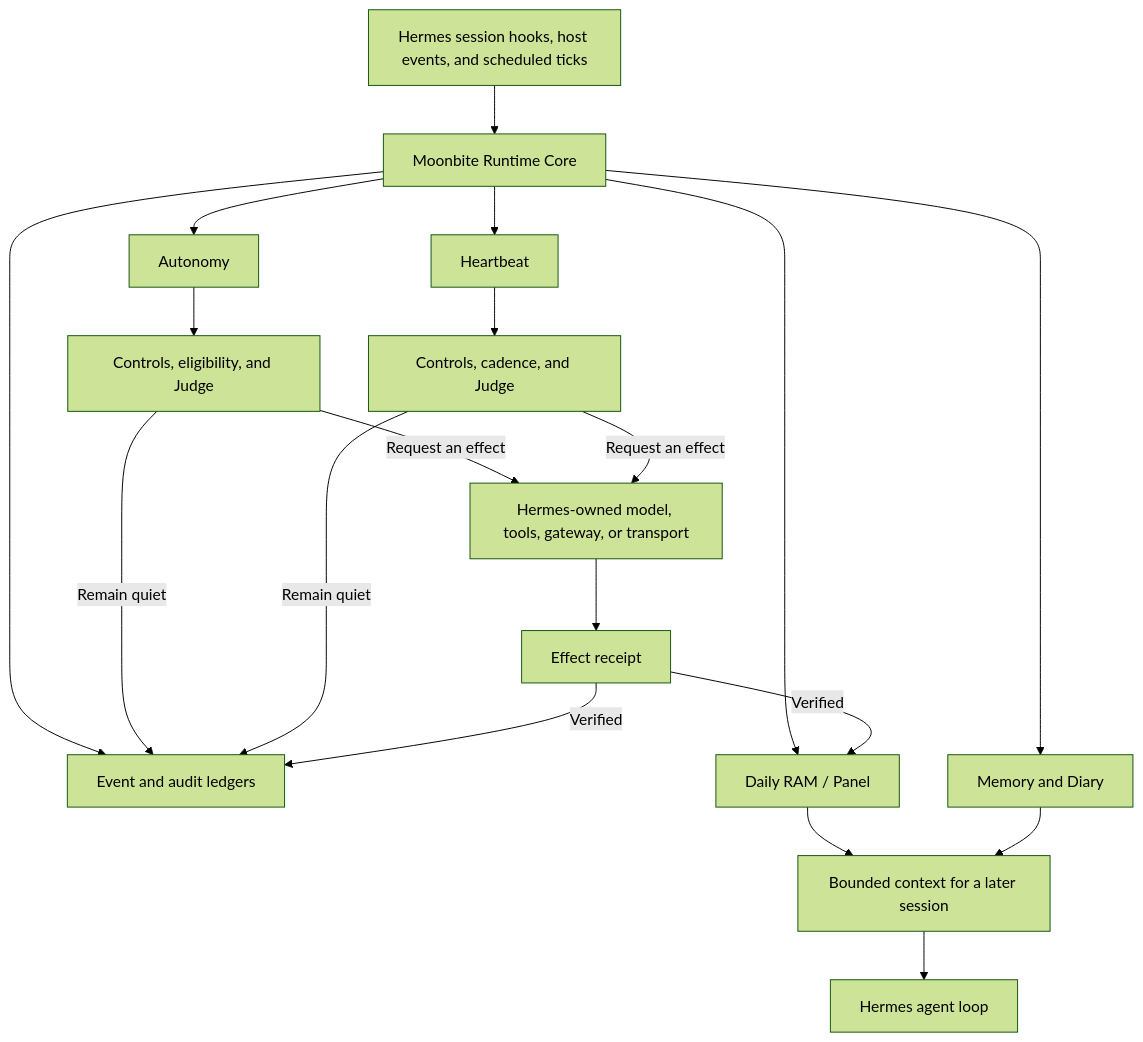
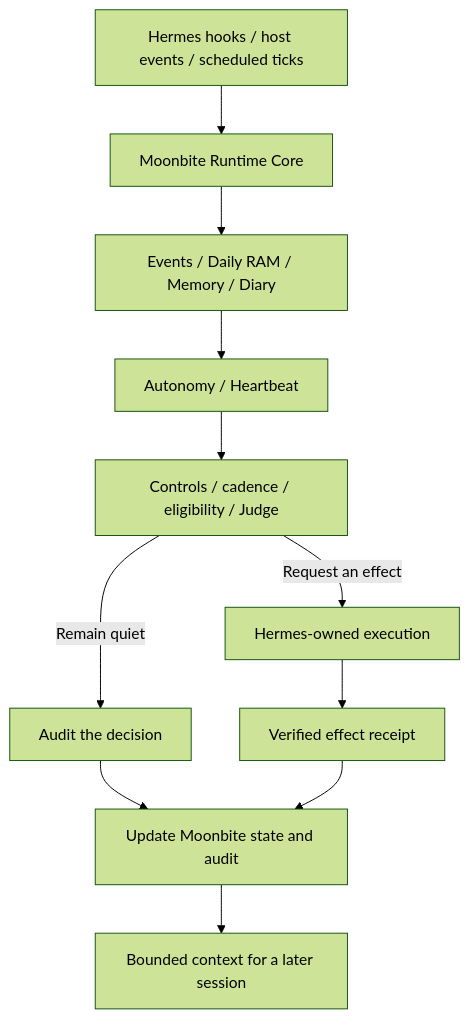
The diagram in README.md (beniedev/moonbite), drawn with Mermaid (forest theme) before and after one commit. The commit also changed other lines of this file and 1 other file, not shown here.

Commit message:
docs: simplify preview positioning and flow

````diff
--- a/README.md
+++ b/README.md
@@ -55,27 +55,13 @@
 ```mermaid
 flowchart TD
-    A[Hermes session hooks, host events, and scheduled ticks] --> B[Moonbite Runtime Core]
-
-    B --> C[Event and audit ledgers]
-    B --> D[Daily RAM / Panel]
-    B --> E[Memory and Diary]
-    B --> F[Autonomy]
-    B --> G[Heartbeat]
-
-    F --> H[Controls, eligibility, and Judge]
-    G --> I[Controls, cadence, and Judge]
-
-    H -->|Remain quiet| C
-    I -->|Remain quiet| C
-
-    H -->|Request an effect| J[Hermes-owned model, tools, gateway, or transport]
-    I -->|Request an effect| J
-
-    J --> K[Effect receipt]
-    K -->|Verified| C
-    K -->|Verified| D
-
-    D --> L[Bounded context for a later session]
-    E --> L
-    L --> M[Hermes agent loop]
+    A[Hermes hooks / host events / scheduled ticks] --> B[Moonbite Runtime Core]
+    B --> C[Events / Daily RAM / Memory / Diary]
+    C --> D[Autonomy / Heartbeat]
+    D --> E[Controls / cadence / eligibility / Judge]
+    E -->|Remain quiet| F[Audit the decision]
+    E -->|Request an effect| G[Hermes-owned execution]
+    G --> H[Verified effect receipt]
+    F --> I[Update Moonbite state and audit]
+    H --> I
+    I --> J[Bounded context for a later session]
 ```
````
